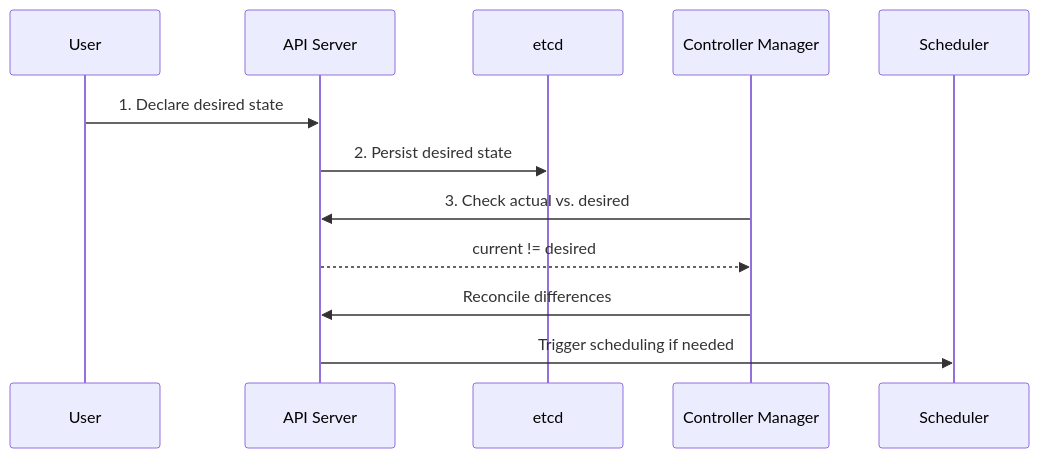
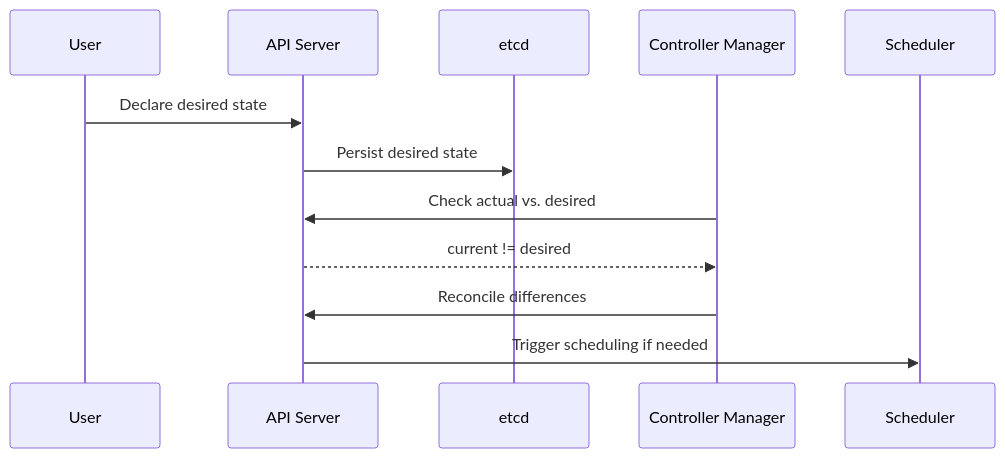
The diagram in docs/overview.md (Braundo/kubernetes-guide), drawn with Mermaid before and after one commit. The commit also changed other lines of this file and 25 other files, not shown here.

````diff
--- a/docs/overview.md
+++ b/docs/overview.md
@@ -43,17 +45,17 @@
 ```mermaid
 sequenceDiagram
     participant User
     participant APIServer as API Server
     participant etcd
     participant Controller as Controller Manager
     participant Scheduler
 
-    User->>APIServer: 1. Declare desired state
-    APIServer->>etcd: 2. Persist desired state
+    User->>APIServer: Declare desired state
+    APIServer->>etcd: Persist desired state
 
-    Controller->>APIServer: 3. Check actual vs. desired
+    Controller->>APIServer: Check actual vs. desired
     APIServer-->>Controller: current != desired
     Controller->>APIServer: Reconcile differences
 
     APIServer->>Scheduler: Trigger scheduling if needed
 ```
````
